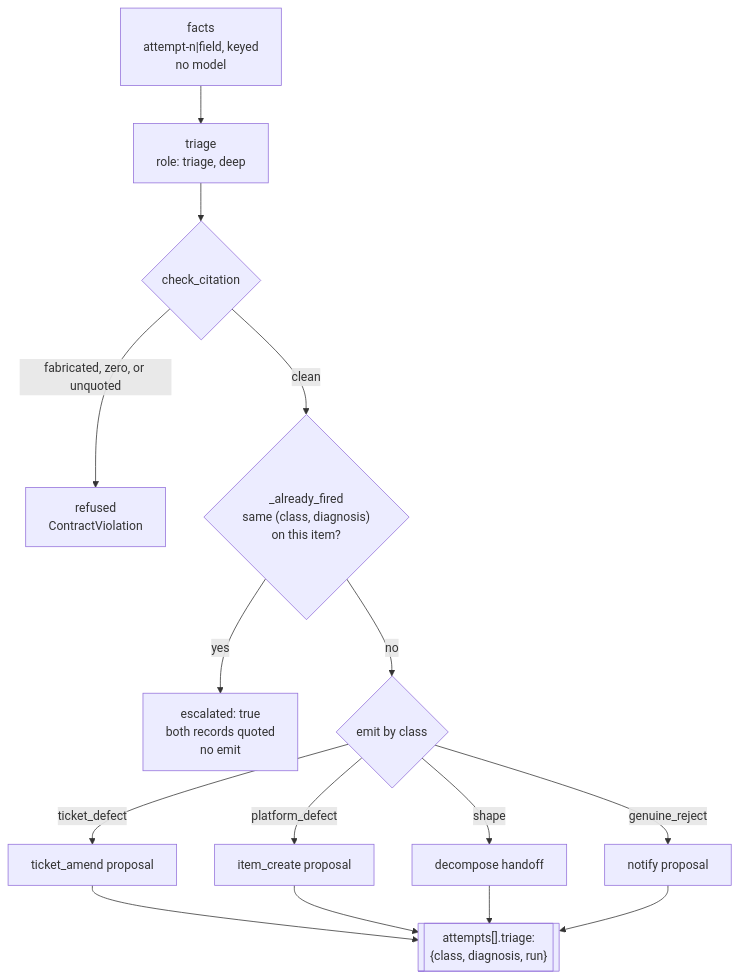
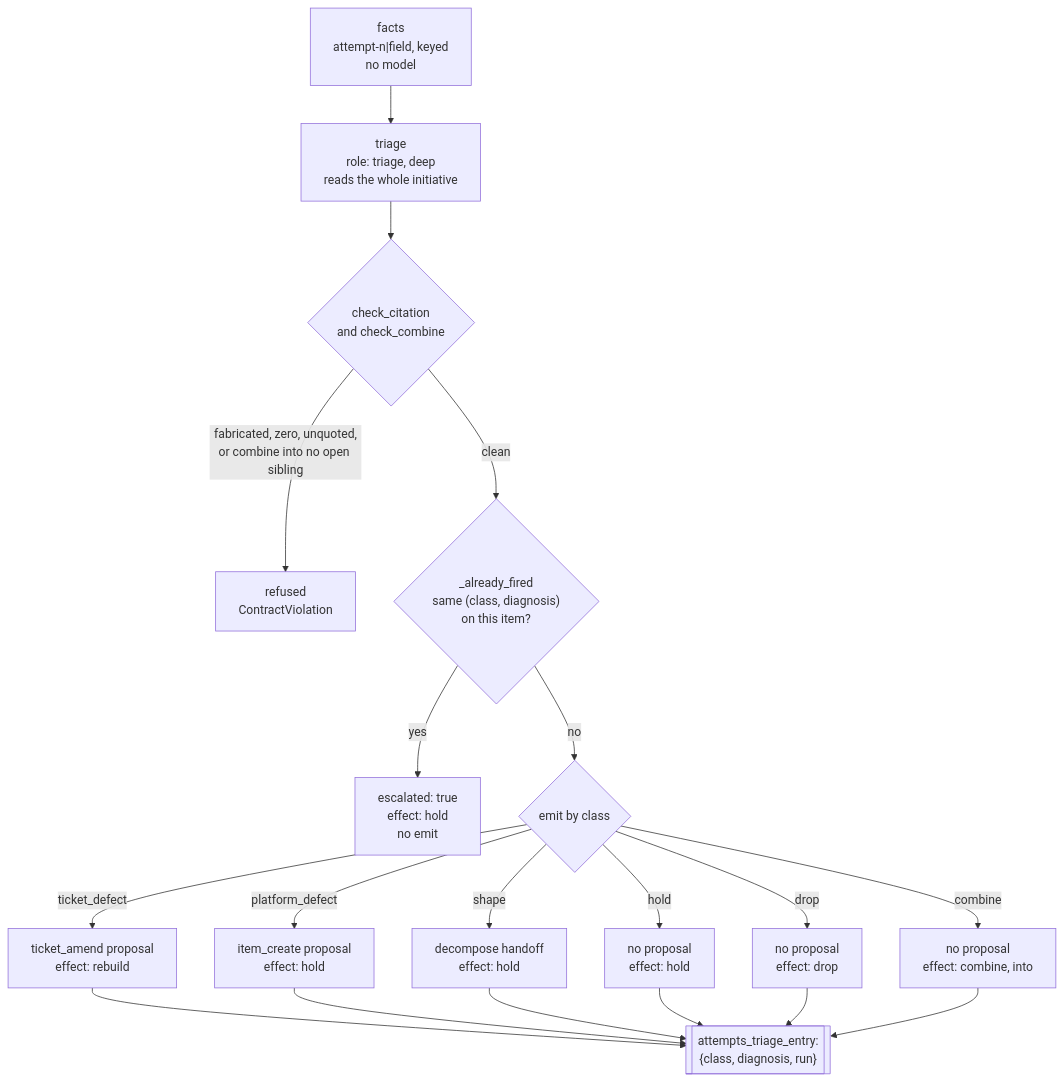
Before and after one commit to ppfenning/coxswain: the diagram in src/graphs/graphs/ops/triage-quarantine.md, drawn with Mermaid. The commit also changed other lines of this file and 11 other files, not shown here.

First line of the commit message:
triage reads the whole initiative and may drop, combine or hold; the epic triages a flagged task first

````diff
--- a/src/graphs/graphs/ops/triage-quarantine.md
+++ b/src/graphs/graphs/ops/triage-quarantine.md
@@ -16,25 +19,29 @@
 ```mermaid
 flowchart TB
     FACTS["facts<br/>attempt-n|field, keyed<br/>no model"]
     FACTS --> TRIAGE
 
-    TRIAGE["triage<br/>role: triage, deep"]
-    TRIAGE --> CITE{"check_citation"}
-    CITE -- "fabricated, zero, or unquoted" --> REFUSE["refused<br/>ContractViolation"]
+    TRIAGE["triage<br/>role: triage, deep<br/>reads the whole initiative"]
+    TRIAGE --> CITE{"check_citation<br/>and check_combine"}
+    CITE -- "fabricated, zero, unquoted,<br/>or combine into no open sibling" --> REFUSE["refused<br/>ContractViolation"]
     CITE -- "clean" --> FIRED{"_already_fired<br/>same (class, diagnosis)<br/>on this item?"}
 
-    FIRED -- "yes" --> ESCALATE["escalated: true<br/>both records quoted<br/>no emit"]
+    FIRED -- "yes" --> ESCALATE["escalated: true<br/>effect: hold<br/>no emit"]
     FIRED -- "no" --> EMIT
 
     EMIT{"emit by class"}
-    EMIT -- "ticket_defect" --> TA["ticket_amend proposal"]
-    EMIT -- "platform_defect" --> IC["item_create proposal"]
-    EMIT -- "shape" --> DC["decompose handoff"]
-    EMIT -- "genuine_reject" --> NO["notify proposal"]
+    EMIT -- "ticket_defect" --> TA["ticket_amend proposal<br/>effect: rebuild"]
+    EMIT -- "platform_defect" --> IC["item_create proposal<br/>effect: hold"]
+    EMIT -- "shape" --> DC["decompose handoff<br/>effect: hold"]
+    EMIT -- "hold" --> HO["no proposal<br/>effect: hold"]
+    EMIT -- "drop" --> DR["no proposal<br/>effect: drop"]
+    EMIT -- "combine" --> CO["no proposal<br/>effect: combine, into"]
 
     TA --> RECORD
     IC --> RECORD
     DC --> RECORD
-    NO --> RECORD
-    RECORD[["attempts[].triage:<br/>{class, diagnosis, run}"]]
+    HO --> RECORD
+    DR --> RECORD
+    CO --> RECORD
+    RECORD[["attempts_triage_entry:<br/>{class, diagnosis, run}"]]
 ```
````
